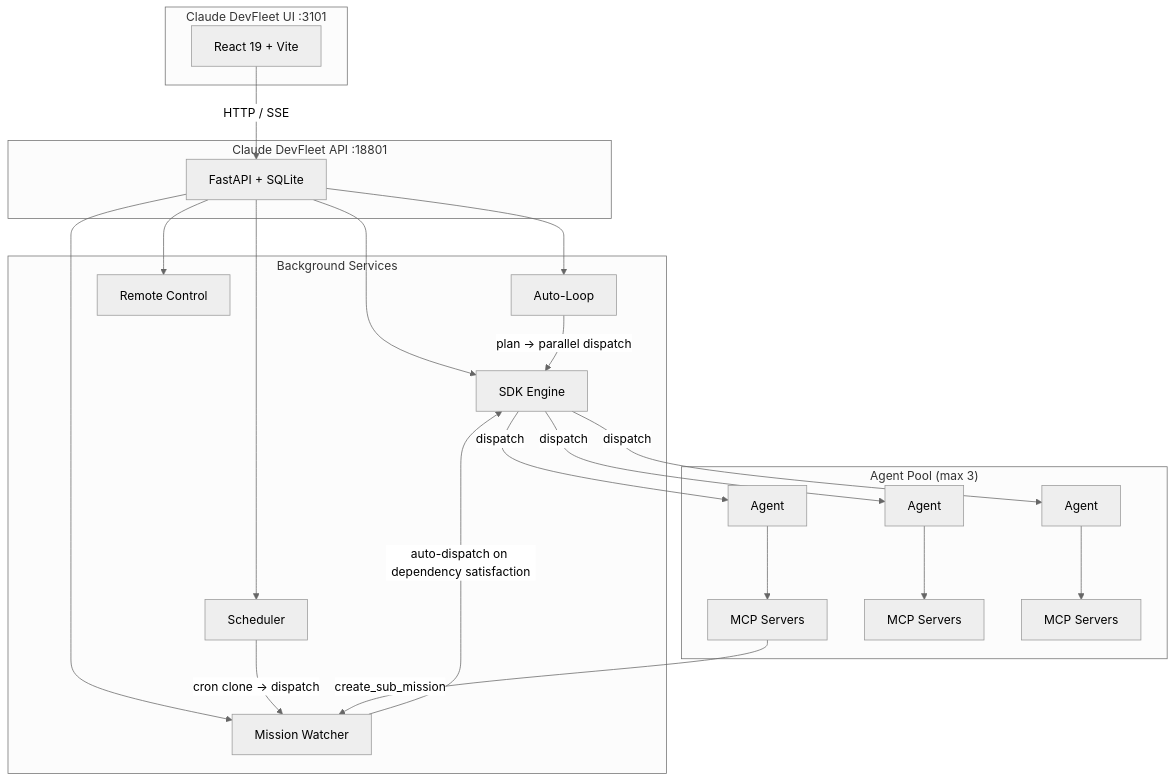
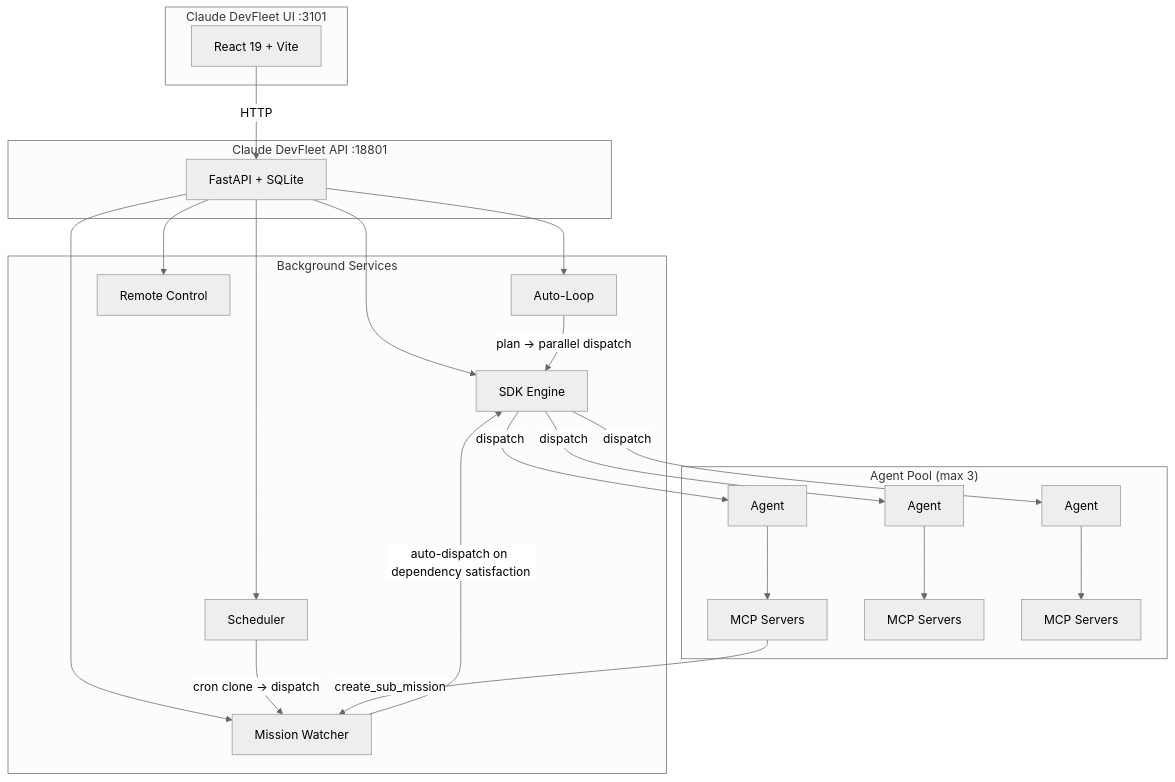
One commit to LEC-AI/DevFleet changed the first of 2 diagrams in README.md. Above: the diagram before and after it, drawn with Mermaid (neutral theme). The commit also changed other lines of this file, not shown here.

````diff
--- a/README.md
+++ b/README.md
@@ -18,36 +18,36 @@
 ```mermaid
 graph TD
     subgraph UI["Claude DevFleet UI :3101"]
         Web["React 19 + Vite"]
     end
 
     subgraph API["Claude DevFleet API :18801"]
         FastAPI["FastAPI + SQLite"]
     end
 
     subgraph Services["Background Services"]
         SDK["SDK Engine"]
         Watcher["Mission Watcher"]
         Sched["Scheduler"]
         AutoLoop["Auto-Loop"]
         Remote["Remote Control"]
     end
 
     subgraph Agents["Agent Pool (max 3)"]
         A1["Agent"] --> MCP1["MCP Servers"]
         A2["Agent"] --> MCP2["MCP Servers"]
         A3["Agent"] --> MCP3["MCP Servers"]
     end
 
-    Web -->|"HTTP / SSE"| FastAPI
+    Web -->|"HTTP"| FastAPI
     FastAPI --> SDK
     FastAPI --> Watcher
     FastAPI --> Sched
     FastAPI --> AutoLoop
     FastAPI --> Remote
     SDK -->|"dispatch"| A1 & A2 & A3
     Watcher -->|"auto-dispatch on dependency satisfaction"| SDK
     Sched -->|"cron clone → dispatch"| Watcher
     AutoLoop -->|"plan → parallel dispatch"| SDK
     MCP1 -->|"create_sub_mission"| Watcher
 ```
````
